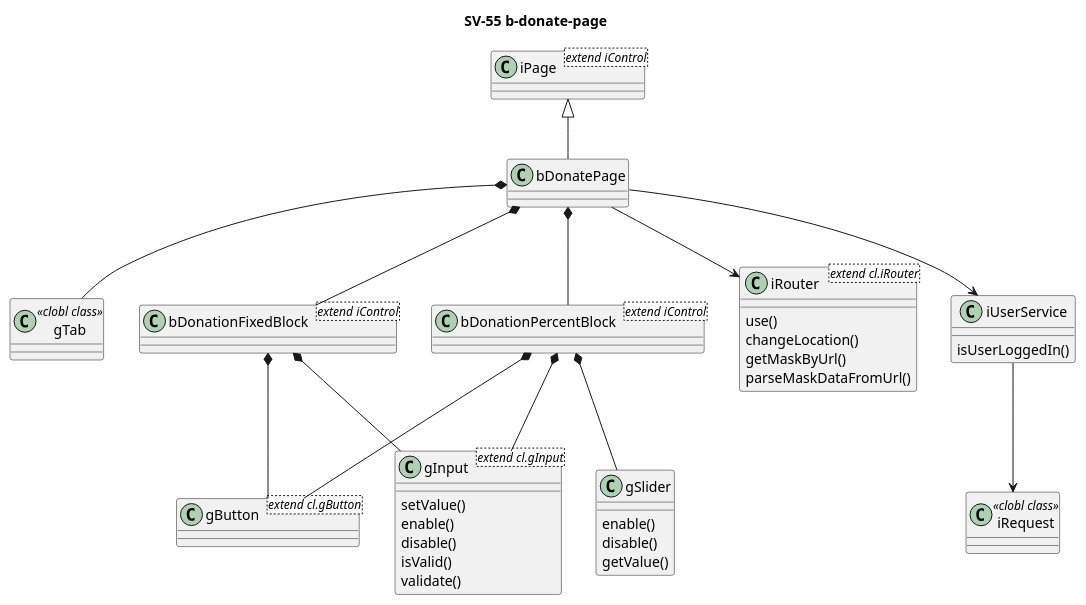
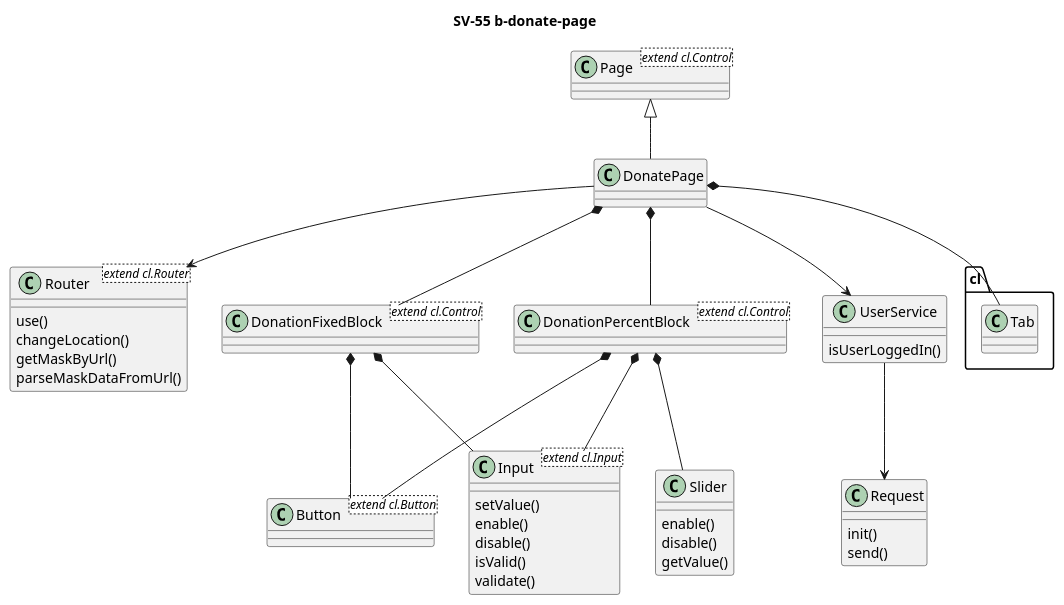
Before and after one commit to Sprinter101/sp101: the diagram in uml/b-donate-page.pu, drawn with PlantUML. The commit also changed 2 other files, not shown here.

Commit message:
SV-109 fixed uml diagrams

```diff
--- a/uml/b-donate-page.pu
+++ b/uml/b-donate-page.pu
@@ -1,58 +1,59 @@
 @startuml
 
 title SV-55 b-donate-page
 
-iPage <|-- bDonatePage
-bDonatePage *--  gTab
-bDonatePage *--  bDonationFixedBlock
-bDonatePage *--  bDonationPercentBlock
+Page <|-- DonatePage
+DonatePage *--  cl.Tab
+DonatePage *--  DonationFixedBlock
+DonatePage *--  DonationPercentBlock
 
-bDonatePage --> iRouter
-bDonatePage --> iUserService
+DonatePage --> Router
+DonatePage --> UserService
 
-bDonationFixedBlock *-- gButton
-bDonationFixedBlock *-- gInput
+DonationFixedBlock *-- Button
+DonationFixedBlock *-- Input
 
-bDonationPercentBlock *-- gButton
-bDonationPercentBlock *-- gInput
-bDonationPercentBlock *-- gSlider
+DonationPercentBlock *-- Button
+DonationPercentBlock *-- Input
+DonationPercentBlock *-- Slider
 
-iUserService --> iRequest
+UserService --> Request
 
-class gSlider {
+class Slider {
     enable()
     disable()
     getValue()    
 }
 
-class iRouter <extend cl.iRouter> {
+class Router <extend cl.Router> {
     use()
     changeLocation()
     getMaskByUrl()
     parseMaskDataFromUrl()
 }
 
-class iUserService {
+class UserService {
     isUserLoggedIn()
 }
 
-class gInput <extend cl.gInput> {
+class Input <extend cl.Input> {
     setValue()
     enable()
     disable()
     isValid()
     validate()
 }
 
-class bDonationFixedBlock <extend iControl>
-class bDonationPercentBlock <extend iControl>
-class gButton <extend cl.gButton>
+class Request {
+    init()
+    send()
+}
 
-class iPage  <extend iControl>
+class DonationFixedBlock <extend cl.Control>
+class DonationPercentBlock <extend cl.Control>
+class Button <extend cl.Button>
 
-
-class iRequest <<clobl class>>
-class gTab <<clobl class>>
+class Page  <extend cl.Control>
 
 
 @enduml
```
